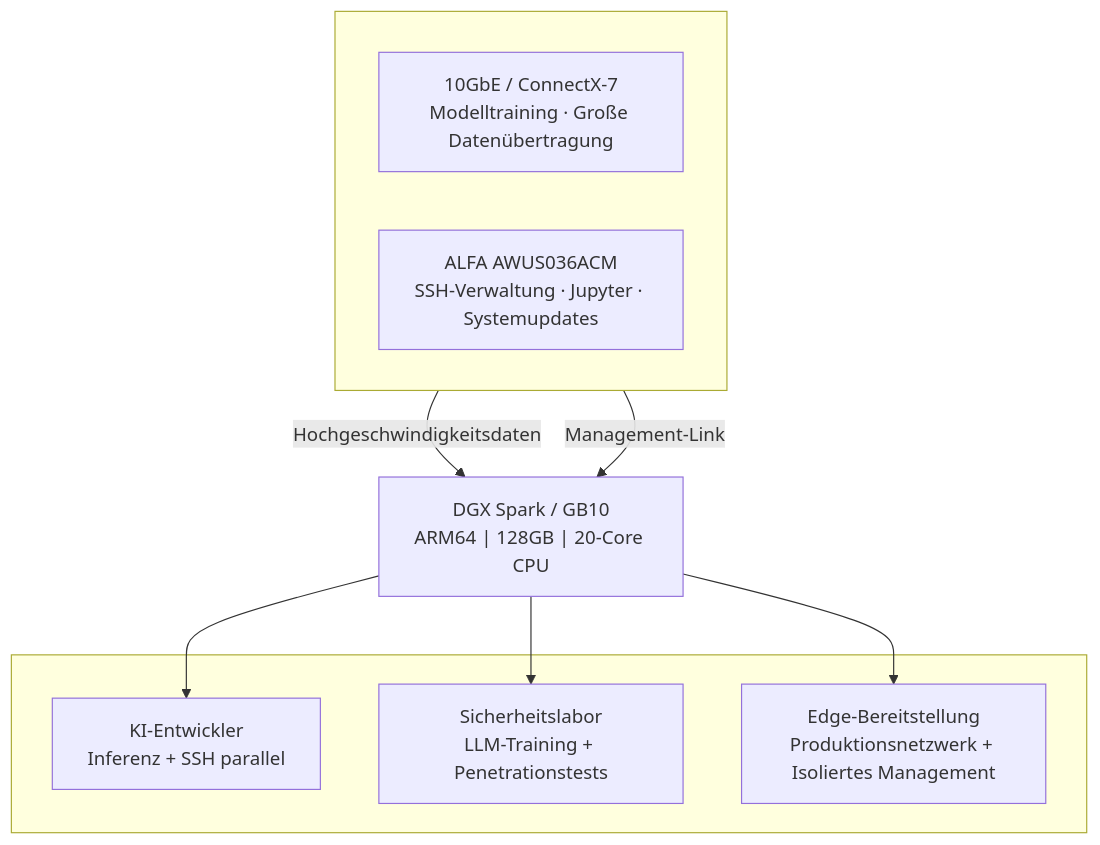
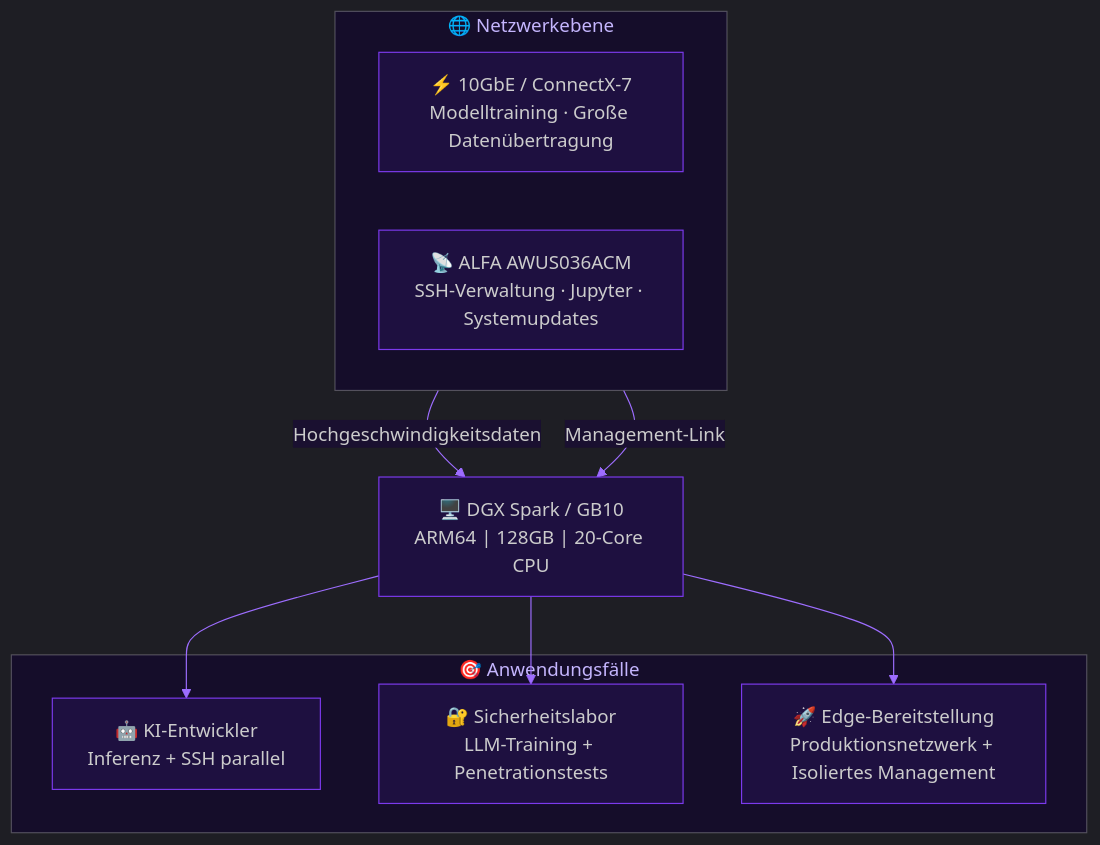
One commit to yopitek/yupitek_official_web changed the diagram in content/de/blog/dgx-spark-gb10-wifi-alfa-usb-fix/_index.md. Above: the diagram before and after it, drawn with Mermaid. The commit also changed 9 other files, not shown here.

First line of the commit message:
style: upgrade mermaid diagram to cyber purple theme (all 10 languages)

````diff
--- a/content/de/blog/dgx-spark-gb10-wifi-alfa-usb-fix/_index.md
+++ b/content/de/blog/dgx-spark-gb10-wifi-alfa-usb-fix/_index.md
@@ -217,22 +217,23 @@
 ```mermaid
+%%{init:{"theme":"dark","themeVariables":{"primaryColor":"#2d1f4e","primaryTextColor":"#e2d9f3","primaryBorderColor":"#7c3aed","lineColor":"#9d6dff","secondaryColor":"#1a1030","tertiaryColor":"#0e0818","background":"#0e0818","mainBkg":"#1e1040","nodeBorder":"#7c3aed","clusterBkg":"#150d2a","titleColor":"#c4b5fd","edgeLabelBackground":"#1a1030","attributeBackgroundColorEven":"#1e1040","attributeBackgroundColorOdd":"#150d2a"}}}%%
 flowchart TD
-    subgraph Netzwerk[" "]
+    subgraph sub1["🌐 Netzwerkebene"]
         direction LR
-        A["10GbE / ConnectX-7<br/>Modelltraining · Große Datenübertragung"]
-        B["ALFA AWUS036ACM<br/>SSH-Verwaltung · Jupyter · Systemupdates"]
+        A["⚡ 10GbE / ConnectX-7<br/>Modelltraining · Große Datenübertragung"]
+        B["📡 ALFA AWUS036ACM<br/>SSH-Verwaltung · Jupyter · Systemupdates"]
     end
 
-    C["DGX Spark / GB10<br/>ARM64 | 128GB | 20-Core CPU"]
+    C["🖥️ DGX Spark / GB10<br/>ARM64 | 128GB | 20-Core CPU"]
 
-    subgraph Anwendungsfälle[" "]
-        D["KI-Entwickler<br/>Inferenz + SSH parallel"]
-        E["Sicherheitslabor<br/>LLM-Training + Penetrationstests"]
-        F["Edge-Bereitstellung<br/>Produktionsnetzwerk + Isoliertes Management"]
+    subgraph sub2["🎯 Anwendungsfälle"]
+        D["🤖 KI-Entwickler<br/>Inferenz + SSH parallel"]
+        E["🔐 Sicherheitslabor<br/>LLM-Training + Penetrationstests"]
+        F["🚀 Edge-Bereitstellung<br/>Produktionsnetzwerk + Isoliertes Management"]
     end
 
     A -->|Hochgeschwindigkeitsdaten| C
     B -->|Management-Link| C
     C --> D
     C --> E
     C --> F
 ```
````
